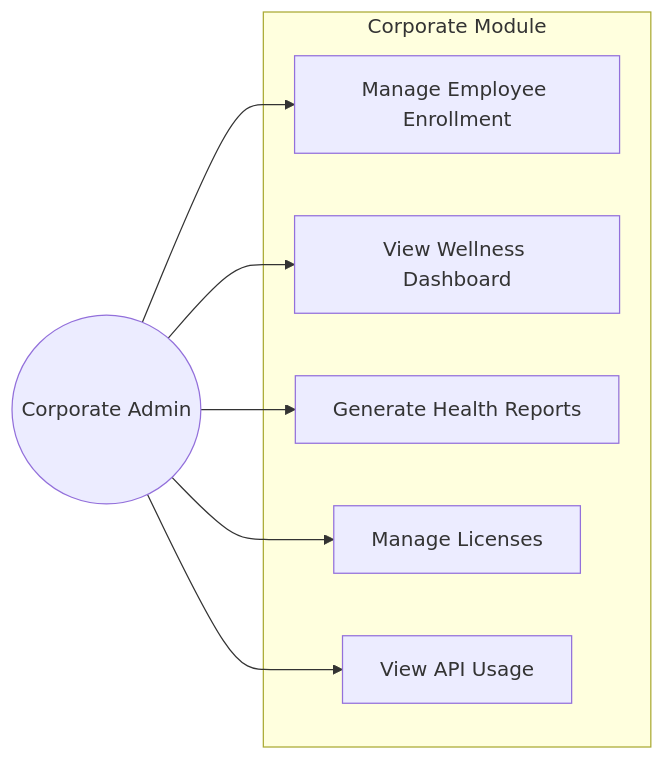
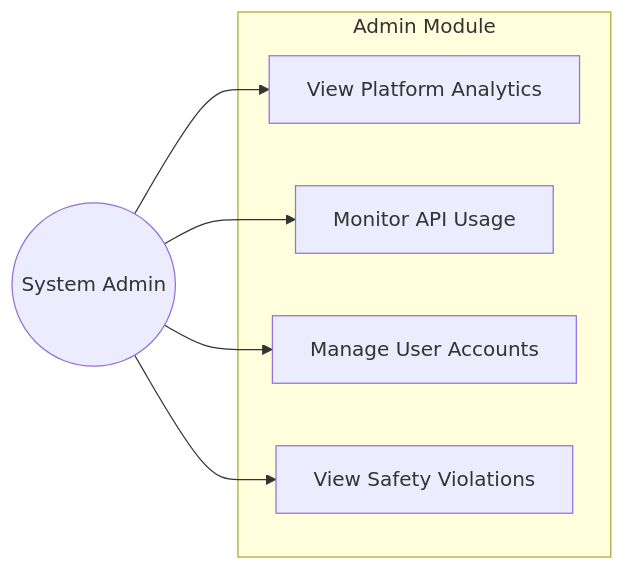
One commit to Jay-D21/Aarogya-Sathi changed the fifth of 8 diagrams in docs/PROJECT_DESIGN_REPORT.md. Above: the diagram before and after it, drawn with Mermaid. The commit also changed other lines of this file and 3 other files, not shown here.

First line of the commit message:
refactor(docs): remove B2B/corporate tables, add proper ER/EER diagrams

````diff
--- a/docs/PROJECT_DESIGN_REPORT.md
+++ b/docs/PROJECT_DESIGN_REPORT.md
@@ -322,16 +322,14 @@
 ```mermaid
 graph LR
-    subgraph "Corporate Module"
-        CU1[Manage Employee Enrollment]
-        CU2[View Wellness Dashboard]
-        CU3[Generate Health Reports]
-        CU4[Manage Licenses]
-        CU5[View API Usage]
+    subgraph "Admin Module"
+        AU1[View Platform Analytics]
+        AU2[Monitor API Usage]
+        AU3[Manage User Accounts]
+        AU4[View Safety Violations]
     end
 
-    CA((Corporate Admin)) --> CU1
-    CA --> CU2
-    CA --> CU3
-    CA --> CU4
-    CA --> CU5
+    SA((System Admin)) --> AU1
+    SA --> AU2
+    SA --> AU3
+    SA --> AU4
 ```
````
